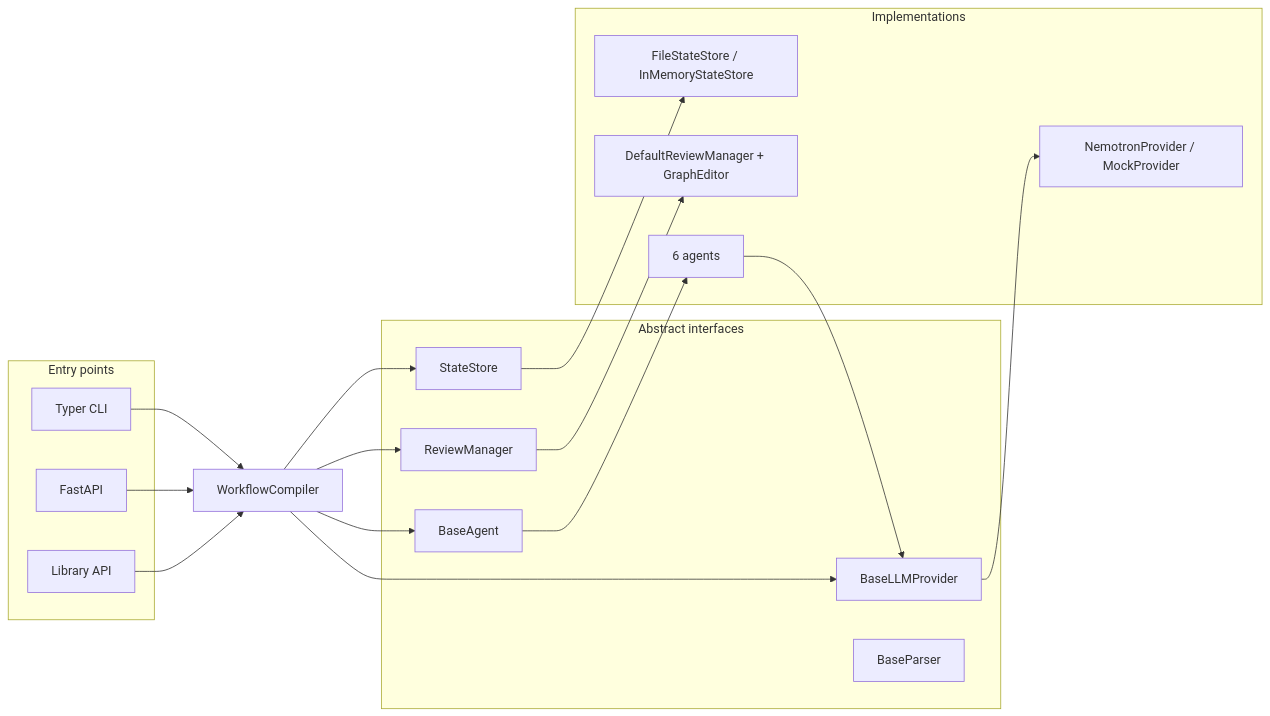
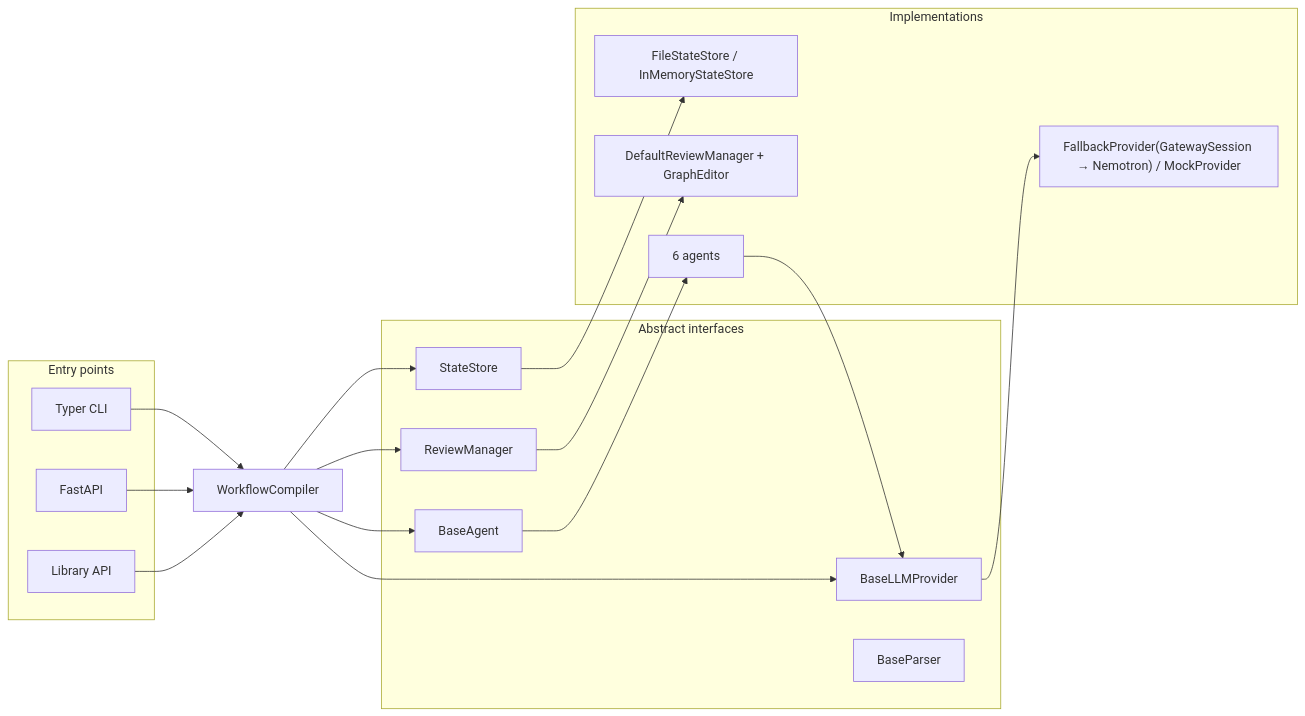
Before and after one commit to oktopuslinky/order-workflows-2.0: the third of 4 diagrams in docs/architecture.md, drawn with Mermaid. The commit also changed other lines of this file and 24 other files, not shown here.

````diff
--- a/docs/architecture.md
+++ b/docs/architecture.md
@@ -163,34 +163,34 @@
 ```mermaid
 flowchart LR
     subgraph entrypoints["Entry points"]
         cli["Typer CLI"]
         api["FastAPI"]
         lib["Library API"]
     end
 
     compiler["WorkflowCompiler"]
 
     subgraph contracts["Abstract interfaces"]
         prov["BaseLLMProvider"]
         store["StateStore"]
         rev["ReviewManager"]
         parse["BaseParser"]
         agent["BaseAgent"]
     end
 
     subgraph impls["Implementations"]
-        nemotron["NemotronProvider / MockProvider"]
+        nemotron["FallbackProvider(GatewaySession → Nemotron) / MockProvider"]
         filestore["FileStateStore / InMemoryStateStore"]
         defrev["DefaultReviewManager + GraphEditor"]
         agents["6 agents"]
     end
 
     cli --> compiler
     api --> compiler
     lib --> compiler
     compiler --> prov --> nemotron
     compiler --> store --> filestore
     compiler --> rev --> defrev
     compiler --> agent --> agents
     agents --> prov
 ```
````
